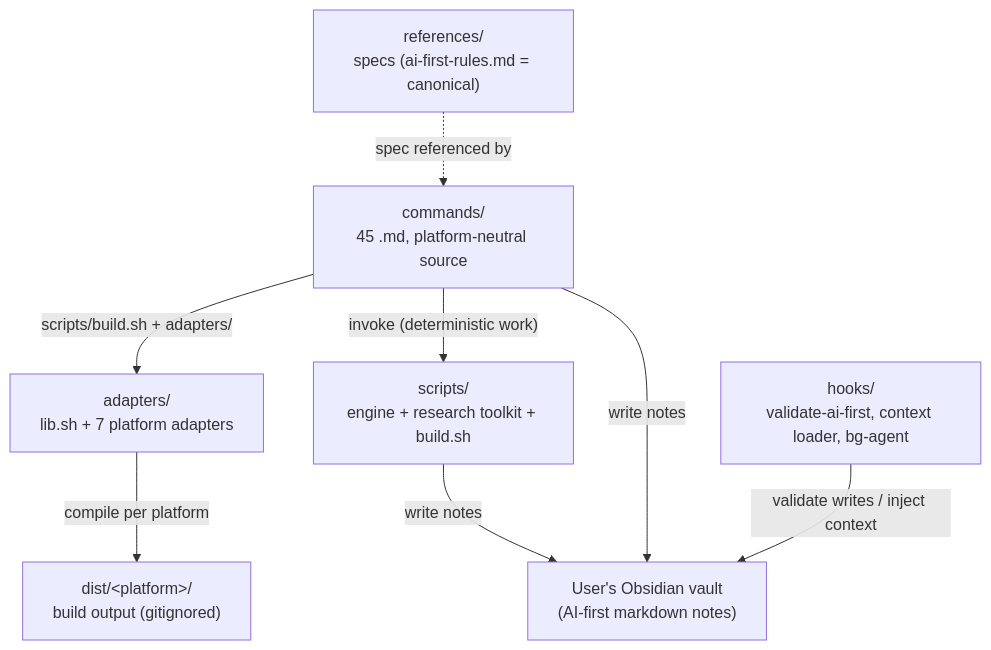
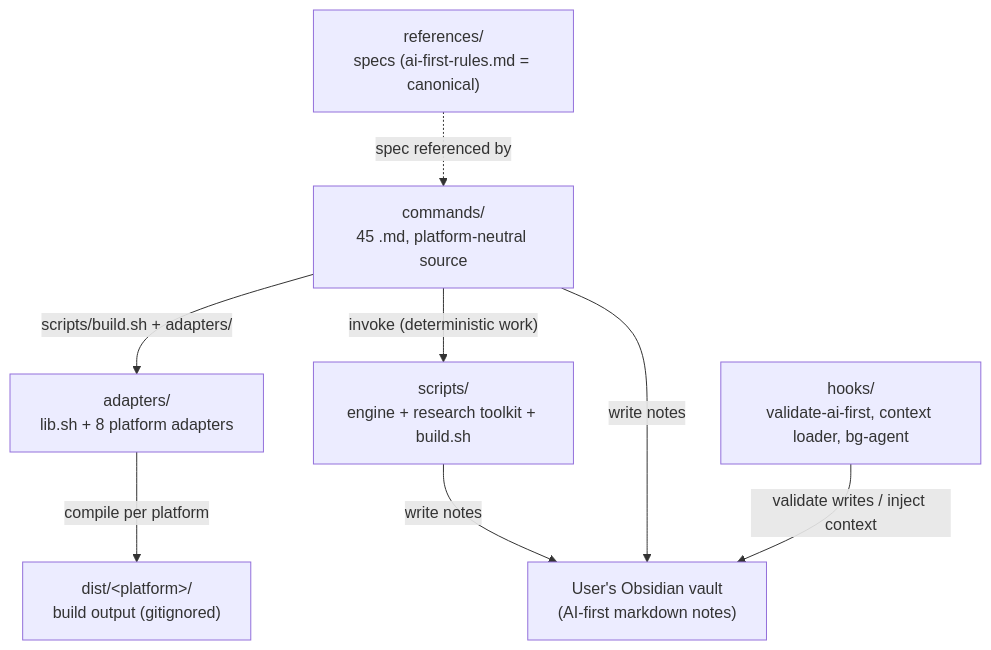
The diagram in architecture.md (KyleMcMaster/obsidian-second-brain), drawn with Mermaid before and after one commit. The commit also changed 7 other files, not shown here.

````diff
--- a/architecture.md
+++ b/architecture.md
@@ -71,18 +71,18 @@
 ```mermaid
 graph TD
   REF["references/<br/>specs (ai-first-rules.md = canonical)"]
   CMD["commands/<br/>45 .md, platform-neutral source"]
   SCR["scripts/<br/>engine + research toolkit + build.sh"]
-  ADP["adapters/<br/>lib.sh + 7 platform adapters"]
+  ADP["adapters/<br/>lib.sh + 8 platform adapters"]
   HK["hooks/<br/>validate-ai-first, context loader, bg-agent"]
   DIST["dist/&lt;platform&gt;/<br/>build output (gitignored)"]
   VAULT["User's Obsidian vault<br/>(AI-first markdown notes)"]
 
   REF -. spec referenced by .-> CMD
   CMD -- "scripts/build.sh + adapters/" --> ADP
   ADP -- "compile per platform" --> DIST
   CMD -- "invoke (deterministic work)" --> SCR
   SCR -- "write notes" --> VAULT
   CMD -- "write notes" --> VAULT
   HK -- "validate writes / inject context" --> VAULT
 ```
````
